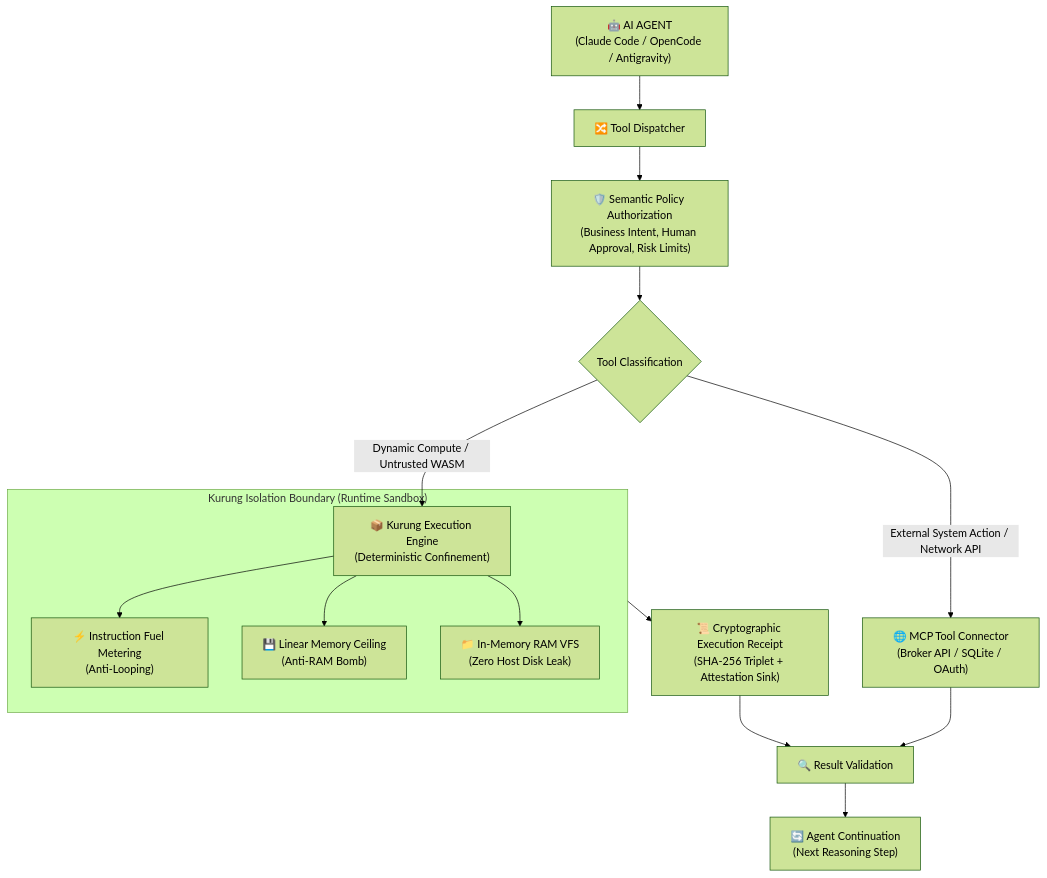
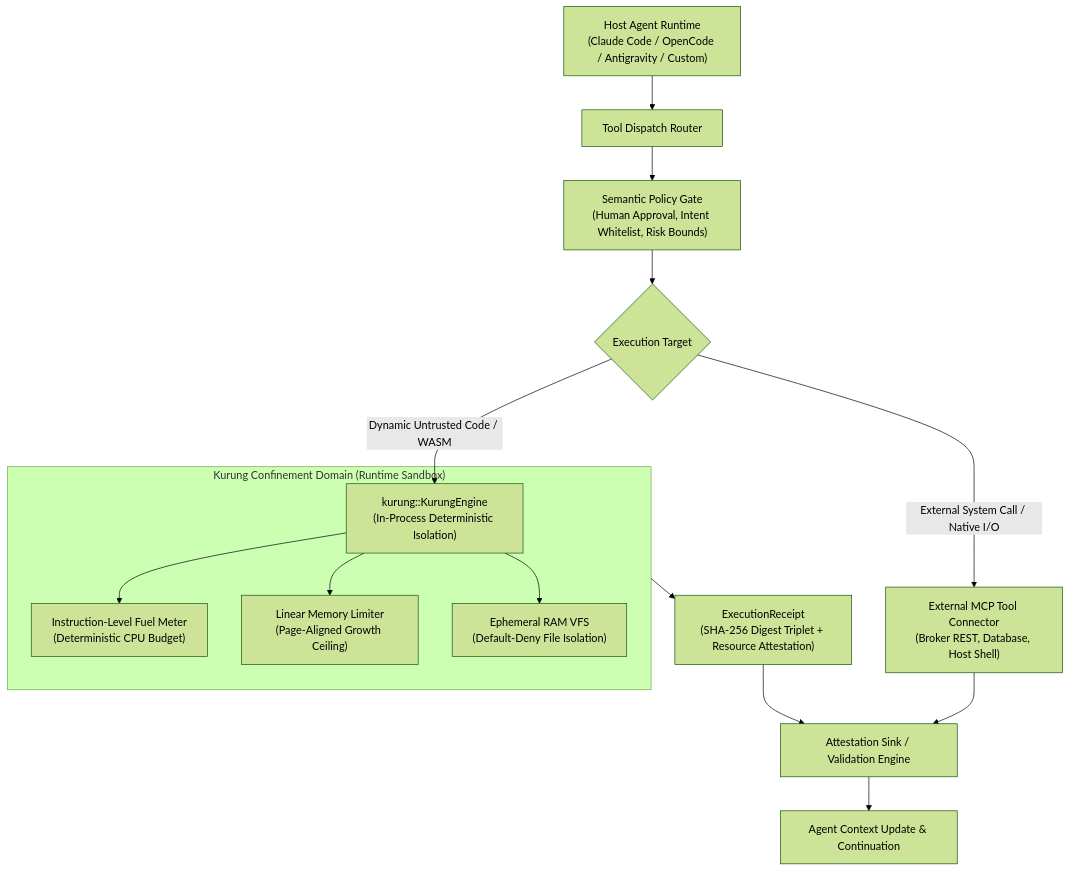
One commit to koodoxz/kurung changed the first of 2 diagrams in README.md. Above: the diagram before and after it, drawn with Mermaid (forest theme). The commit also changed other lines of this file and 1 other file, not shown here.

Commit message:
docs: add official Kurung banner image and remove AI emoji fluff from system architecture diagram

````diff
--- a/README.md
+++ b/README.md
@@ -41,20 +45,20 @@
 ```mermaid
 graph TD
-    Agent["🤖 AI AGENT<br/>(Claude Code / OpenCode / Antigravity)"] --> Dispatcher["🔀 Tool Dispatcher"]
-    Dispatcher --> Policy["🛡️ Semantic Policy Authorization<br/>(Business Intent, Human Approval, Risk Limits)"]
-    Policy --> Branch{"Tool Classification"}
+    Agent["Host Agent Runtime<br/>(Claude Code / OpenCode / Antigravity / Custom)"] --> Dispatcher["Tool Dispatch Router"]
+    Dispatcher --> Policy["Semantic Policy Gate<br/>(Human Approval, Intent Whitelist, Risk Bounds)"]
+    Policy --> Router{"Execution Target"}
     
-    Branch -->|"Dynamic Compute / Untrusted WASM"| Kurung["📦 Kurung Execution Engine<br/>(Deterministic Confinement)"]
-    Branch -->|"External System Action / Network API"| MCP["🌐 MCP Tool Connector<br/>(Broker API / SQLite / OAuth)"]
+    Router -->|"Dynamic Untrusted Code / WASM"| Kurung["kurung::KurungEngine<br/>(In-Process Deterministic Isolation)"]
+    Router -->|"External System Call / Native I/O"| MCP["External MCP Tool Connector<br/>(Broker REST, Database, Host Shell)"]
     
-    subgraph KurungBoundary ["Kurung Isolation Boundary (Runtime Sandbox)"]
-        Kurung --> Fuel["⚡ Instruction Fuel Metering<br/>(Anti-Looping)"]
-        Kurung --> Mem["💾 Linear Memory Ceiling<br/>(Anti-RAM Bomb)"]
-        Kurung --> VFS["📁 In-Memory RAM VFS<br/>(Zero Host Disk Leak)"]
+    subgraph SandboxBoundary ["Kurung Confinement Domain (Runtime Sandbox)"]
+        Kurung --> Fuel["Instruction-Level Fuel Meter<br/>(Deterministic CPU Budget)"]
+        Kurung --> Mem["Linear Memory Limiter<br/>(Page-Aligned Growth Ceiling)"]
+        Kurung --> VFS["Ephemeral RAM VFS<br/>(Default-Deny File Isolation)"]
     end
     
-    KurungBoundary --> Receipt["📜 Cryptographic Execution Receipt<br/>(SHA-256 Triplet + Attestation Sink)"]
-    Receipt --> Validation["🔍 Result Validation"]
-    MCP --> Validation
-    Validation --> Continuation["🔄 Agent Continuation<br/>(Next Reasoning Step)"]
+    SandboxBoundary --> Receipt["ExecutionReceipt<br/>(SHA-256 Digest Triplet + Resource Attestation)"]
+    Receipt --> Sink["Attestation Sink / Validation Engine"]
+    MCP --> Sink
+    Sink --> Continuation["Agent Context Update & Continuation"]
 ```
````
